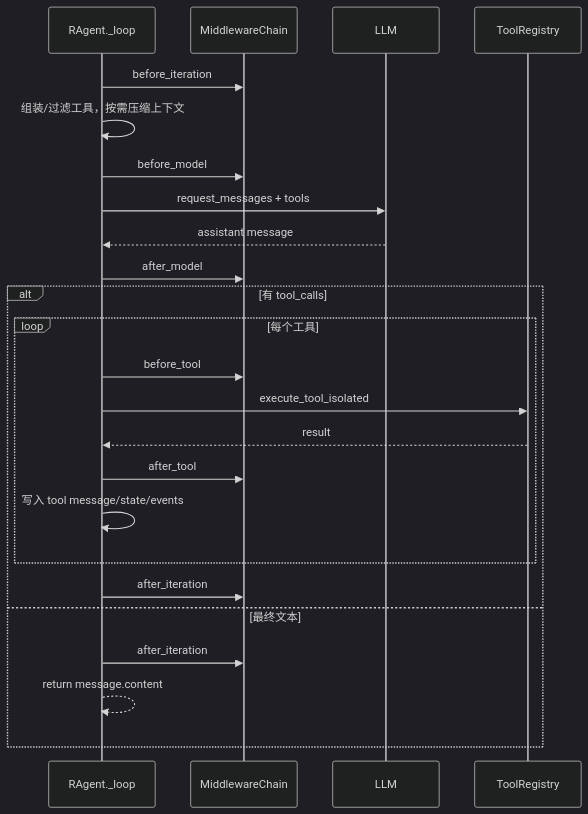
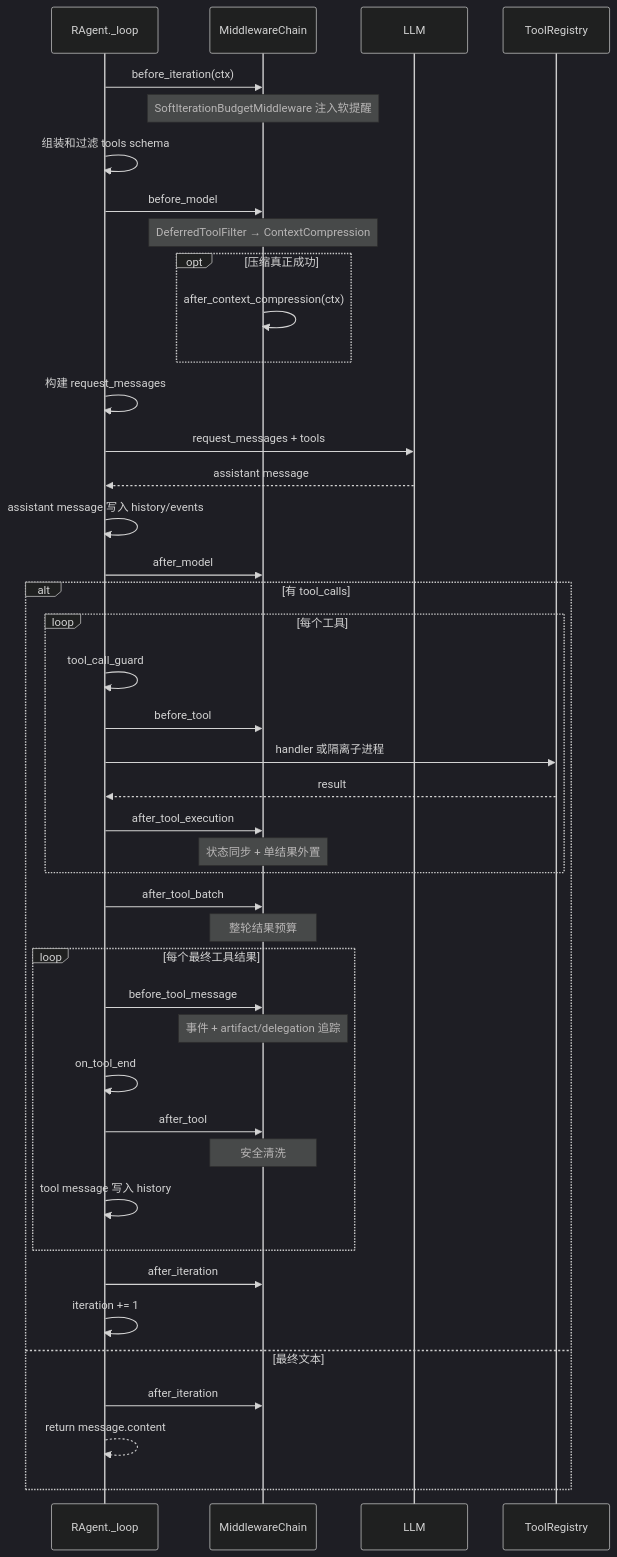
The diagram in docs/01_Agent循环中间件化.md (littlefishshow/R-Agent), drawn with Mermaid (dark theme) before and after one commit. The commit also changed other lines of this file and 29 other files, not shown here.

````diff
--- a/docs/01_Agent循环中间件化.md
+++ b/docs/01_Agent循环中间件化.md
@@ -66,27 +180,46 @@
 ```mermaid
 sequenceDiagram
     participant A as RAgent._loop
     participant MW as MiddlewareChain
     participant L as LLM
     participant T as ToolRegistry
 
-    A->>MW: before_iteration
-    A->>A: 组装/过滤工具，按需压缩上下文
+    A->>MW: before_iteration(ctx)
+    Note over MW: SoftIterationBudgetMiddleware 注入软提醒
+    A->>A: 组装和过滤 tools schema
     A->>MW: before_model
+    Note over MW: DeferredToolFilter → ContextCompression
+    opt 压缩真正成功
+        MW->>MW: after_context_compression(ctx)
+    end
+    A->>A: 构建 request_messages
     A->>L: request_messages + tools
     L-->>A: assistant message
+    A->>A: assistant message 写入 history/events
     A->>MW: after_model
     alt 有 tool_calls
         loop 每个工具
+            A->>A: tool_call_guard
             A->>MW: before_tool
-            A->>T: execute_tool_isolated
+            A->>T: handler 或隔离子进程
             T-->>A: result
+            A->>MW: after_tool_execution
+            Note over MW: 状态同步 + 单结果外置
+        end
+        A->>MW: after_tool_batch
+        Note over MW: 整轮结果预算
+        loop 每个最终工具结果
+            A->>MW: before_tool_message
+            Note over MW: 事件 + artifact/delegation 追踪
+            A->>A: on_tool_end
             A->>MW: after_tool
-            A->>A: 写入 tool message/state/events
+            Note over MW: 安全清洗
+            A->>A: tool message 写入 history
         end
         A->>MW: after_iteration
+        A->>A: iteration += 1
     else 最终文本
         A->>MW: after_iteration
         A-->>A: return message.content
     end
 ```
````
